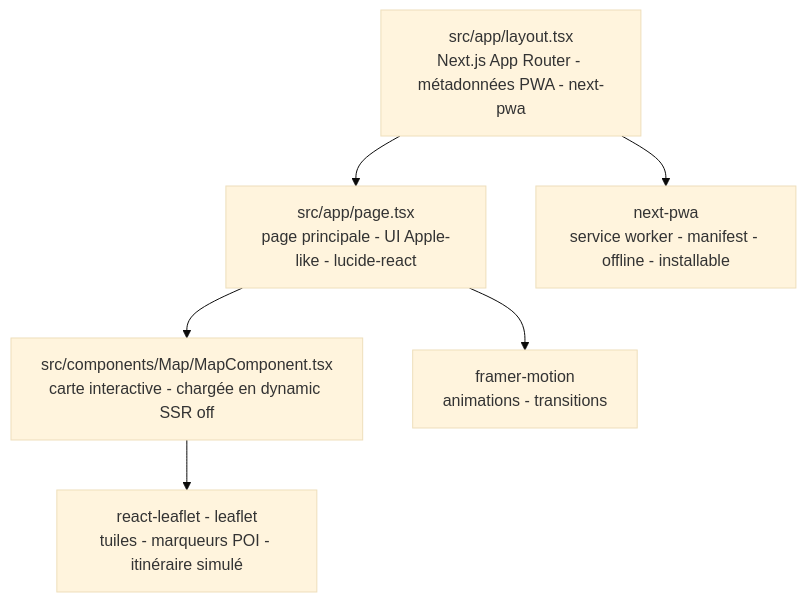
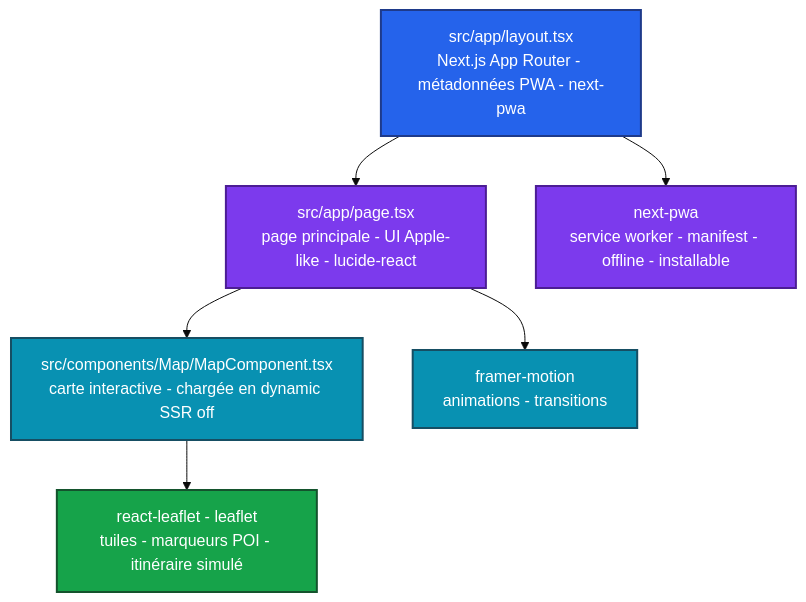
The diagram in README.md (Adam-Blf/hadiway), drawn with Mermaid (base theme) before and after one commit.

Commit message:
docs: add colors to mermaid diagrams (#4)
Each node gets a palette class (by subgraph or by flow depth), subgraphs are tinted, non-flowchart diagrams use a colored base theme. Validated by rendering every diagram before and after.

````diff
--- a/README.md
+++ b/README.md
@@ -22,15 +22,24 @@
 ```mermaid
 flowchart TB
     Layout["src/app/layout.tsx<br/>Next.js App Router - métadonnées PWA - next-pwa"]
     Page["src/app/page.tsx<br/>page principale - UI Apple-like - lucide-react"]
     Map["src/components/Map/MapComponent.tsx<br/>carte interactive - chargée en dynamic SSR off"]
     Leaflet["react-leaflet - leaflet<br/>tuiles - marqueurs POI - itinéraire simulé"]
     Motion["framer-motion<br/>animations - transitions"]
     SW["next-pwa<br/>service worker - manifest - offline - installable"]
 
     Layout --> Page
     Layout --> SW
     Page --> Map
     Page --> Motion
     Map --> Leaflet
+
+    classDef c0 fill:#2563eb,stroke:#1e3a8a,stroke-width:2px,color:#ffffff
+    classDef c1 fill:#7c3aed,stroke:#4c1d95,stroke-width:2px,color:#ffffff
+    classDef c2 fill:#0891b2,stroke:#164e63,stroke-width:2px,color:#ffffff
+    classDef c3 fill:#16a34a,stroke:#14532d,stroke-width:2px,color:#ffffff
+    class Layout c0
+    class Page,SW c1
+    class Map,Motion c2
+    class Leaflet c3
 ```
````
